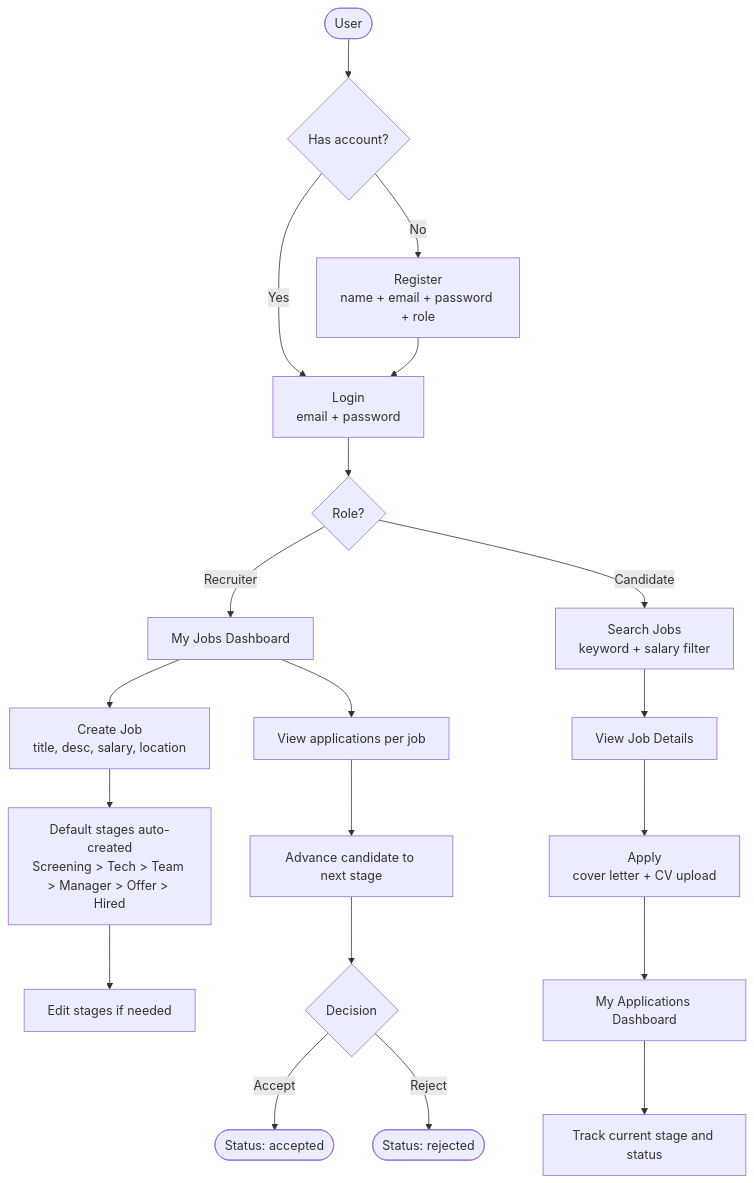
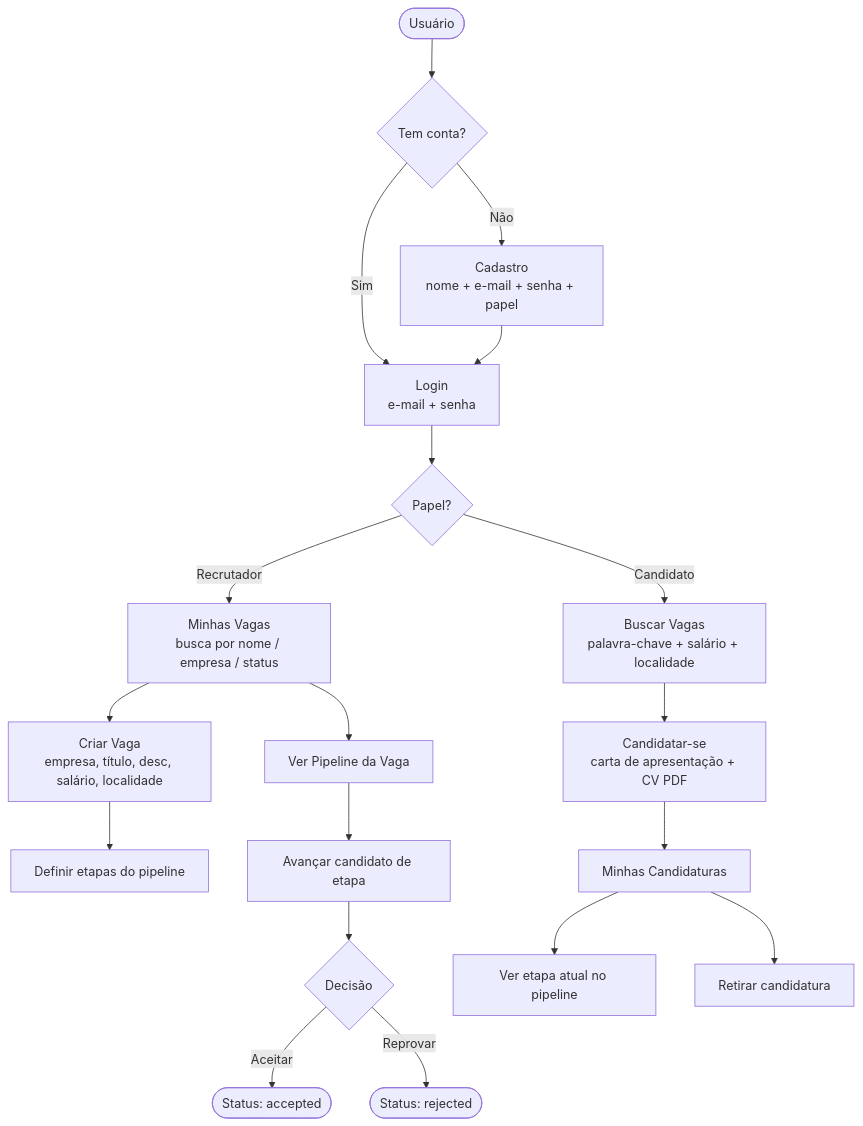
One commit to rafaelmf3/recruitment-selection changed the second of 2 diagrams in recruitment-selection/README.md. Above: the diagram before and after it, drawn with Mermaid. The commit also changed other lines of this file and 15 other files, not shown here.

````diff
--- a/recruitment-selection/README.md
+++ b/recruitment-selection/README.md
@@ -125,24 +158,23 @@
 ```mermaid
 flowchart TD
-    A([User]) --> B{Has account?}
-    B -- No --> C[Register\nname + email + password + role]
-    B -- Yes --> D[Login\nemail + password]
+    A([Usuário]) --> B{Tem conta?}
+    B -- Não --> C[Cadastro\nnome + e-mail + senha + papel]
+    B -- Sim --> D[Login\ne-mail + senha]
     C --> D
-    D --> E{Role?}
+    D --> E{Papel?}
 
-    E -- Recruiter --> F[My Jobs Dashboard]
-    F --> G[Create Job\ntitle, desc, salary, location]
-    G --> H[Default stages auto-created\nScreening > Tech > Team > Manager > Offer > Hired]
-    H --> I[Edit stages if needed]
-    F --> J[View applications per job]
-    J --> K[Advance candidate to next stage]
-    K --> L{Decision}
-    L -- Accept --> M([Status: accepted])
-    L -- Reject --> N([Status: rejected])
+    E -- Recrutador --> F[Minhas Vagas\nbusca por nome / empresa / status]
+    F --> G[Criar Vaga\nempresa, título, desc, salário, localidade]
+    G --> H[Definir etapas do pipeline]
+    F --> J[Ver Pipeline da Vaga]
+    J --> K[Avançar candidato de etapa]
+    K --> L{Decisão}
+    L -- Aceitar --> M([Status: accepted])
+    L -- Reprovar --> N([Status: rejected])
 
-    E -- Candidate --> O[Search Jobs\nkeyword + salary filter]
-    O --> P[View Job Details]
-    P --> Q[Apply\ncover letter + CV upload]
-    Q --> R[My Applications Dashboard]
-    R --> S[Track current stage and status]
+    E -- Candidato --> O[Buscar Vagas\npalavra-chave + salário + localidade]
+    O --> P[Candidatar-se\ncarta de apresentação + CV PDF]
+    P --> Q[Minhas Candidaturas]
+    Q --> R[Ver etapa atual no pipeline]
+    Q --> S[Retirar candidatura]
 ```
````
